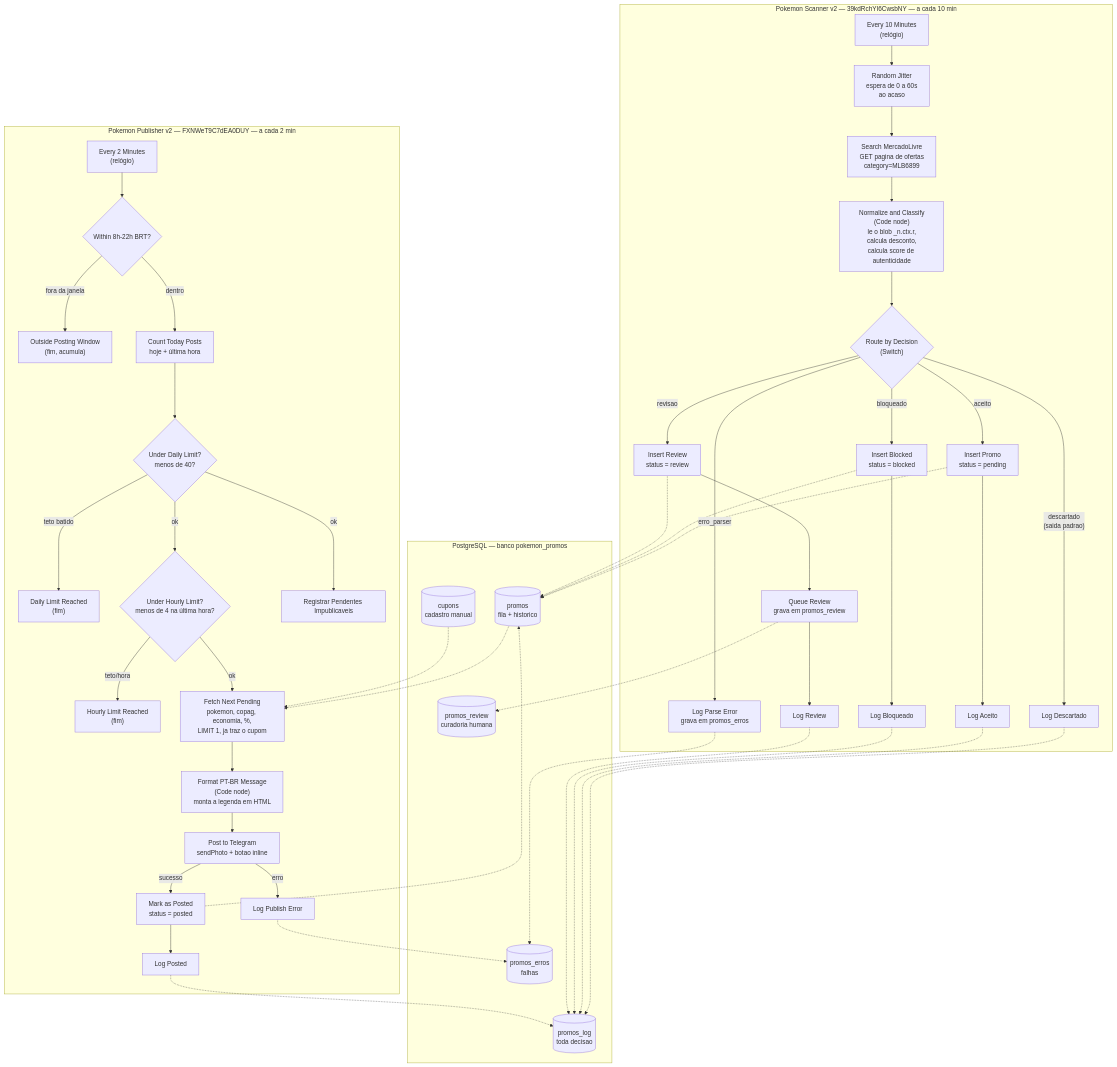
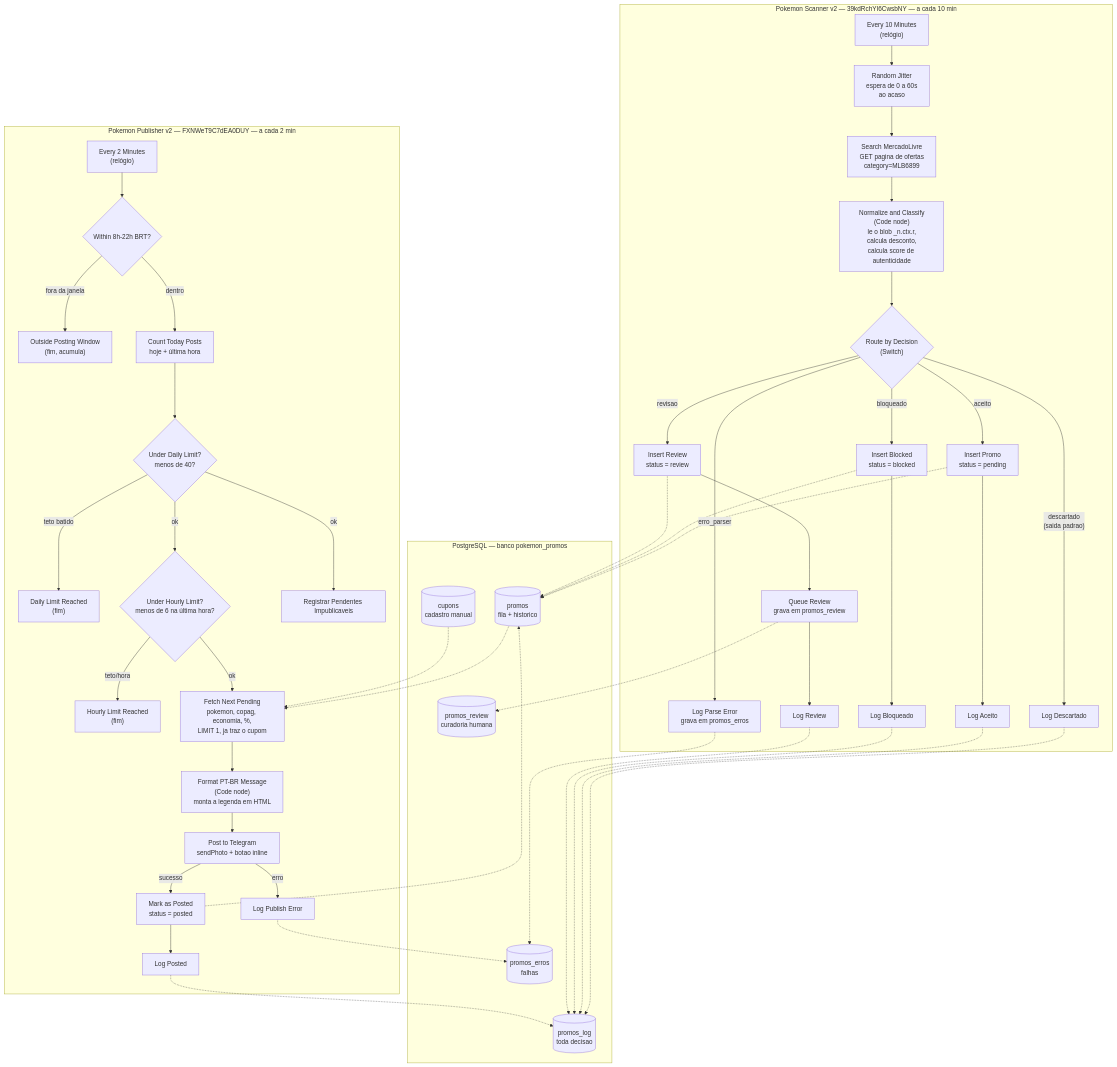
Before and after one commit to cardoso-ix/promo-pokemon-tcg: the first of 2 diagrams in docs/arquitetura.md, drawn with Mermaid. The commit also changed other lines of this file and 9 other files, not shown here.

````diff
--- a/docs/arquitetura.md
+++ b/docs/arquitetura.md
@@ -80,57 +80,57 @@
 ```mermaid
 flowchart TD
     subgraph SCANNER["Pokemon Scanner v2 — 39kdRchYI6CwsbNY — a cada 10 min"]
         A1["Every 10 Minutes<br/>(relógio)"] --> A0["Random Jitter<br/>espera de 0 a 60s<br/>ao acaso"]
         A0 --> A2["Search MercadoLivre<br/>GET pagina de ofertas<br/>category=MLB6899"]
         A2 --> A3["Normalize and Classify<br/>(Code node)<br/>le o blob _n.ctx.r,<br/>calcula desconto,<br/>calcula score de autenticidade"]
         A3 --> A4{"Route by Decision<br/>(Switch)"}
         A4 -->|"aceito"| A5["Insert Promo<br/>status = pending"]
         A4 -->|"bloqueado"| A6["Insert Blocked<br/>status = blocked"]
         A4 -->|"revisao"| A7["Insert Review<br/>status = review"]
         A4 -->|"erro_parser"| A8["Log Parse Error<br/>grava em promos_erros"]
         A4 -->|"descartado<br/>(saida padrao)"| A9["Log Descartado"]
         A5 --> A10["Log Aceito"]
         A6 --> A11["Log Bloqueado"]
         A7 --> A12["Queue Review<br/>grava em promos_review"] --> A13["Log Review"]
     end
 
     subgraph DB["PostgreSQL — banco pokemon_promos"]
         T1[("promos<br/>fila + historico")]
         T2[("promos_log<br/>toda decisao")]
         T3[("promos_erros<br/>falhas")]
         T4[("promos_review<br/>curadoria humana")]
         T5[("cupons<br/>cadastro manual")]
     end
 
     subgraph PUBLISHER["Pokemon Publisher v2 — FXNWeT9C7dEA0DUY — a cada 2 min"]
         B1["Every 2 Minutes<br/>(relógio)"] --> B2{"Within 8h-22h BRT?"}
         B2 -->|"fora da janela"| B3["Outside Posting Window<br/>(fim, acumula)"]
         B2 -->|"dentro"| B4["Count Today Posts<br/>hoje + última hora"]
         B4 --> B5{"Under Daily Limit?<br/>menos de 40?"}
         B5 -->|"teto batido"| B6["Daily Limit Reached<br/>(fim)"]
-        B5 -->|"ok"| B5b{"Under Hourly Limit?<br/>menos de 4 na última hora?"}
+        B5 -->|"ok"| B5b{"Under Hourly Limit?<br/>menos de 6 na última hora?"}
         B5 -->|"ok"| B5c["Registrar Pendentes Impublicaveis"]
         B5b -->|"teto/hora"| B6b["Hourly Limit Reached<br/>(fim)"]
         B5b -->|"ok"| B7["Fetch Next Pending<br/>pokemon, copag, economia, %,<br/>LIMIT 1, ja traz o cupom"]
         B7 --> B8["Format PT-BR Message<br/>(Code node)<br/>monta a legenda em HTML"]
         B8 --> B9["Post to Telegram<br/>sendPhoto + botao inline"]
         B9 -->|"sucesso"| B10["Mark as Posted<br/>status = posted"]
         B9 -->|"erro"| B11["Log Publish Error"]
         B10 --> B12["Log Posted"]
     end
 
     A5 -.-> T1
     A6 -.-> T1
     A7 -.-> T1
     A8 -.-> T3
     A9 -.-> T2
     A10 -.-> T2
     A11 -.-> T2
     A12 -.-> T4
     A13 -.-> T2
     T1 -.-> B7
     T5 -.-> B7
     B10 -.-> T1
     B11 -.-> T3
     B12 -.-> T2
 ```
````
